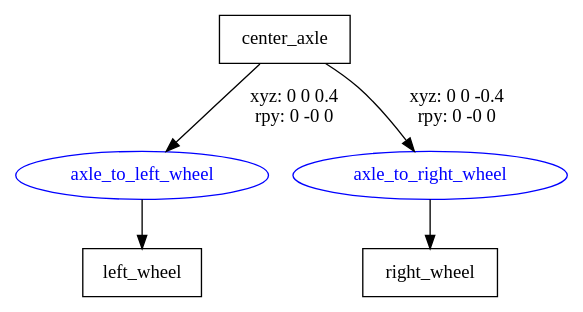
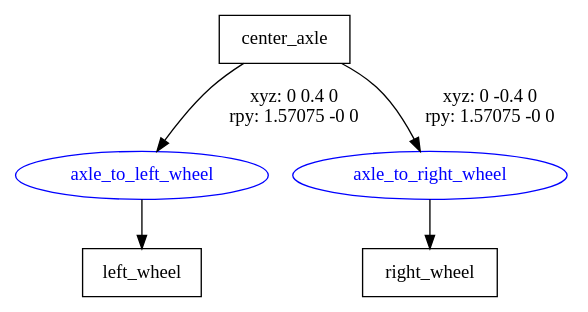
Before and after one commit to sweaver2494/PFF_ROS: the diagram in doc/pff.gv, drawn with Graphviz. The commit also changed 5 other files, not shown here.

```diff
--- a/doc/pff.gv
+++ b/doc/pff.gv
@@ -1,11 +1,11 @@
 digraph G {
 node [shape=box];
 "center_axle" [label="center_axle"];
 "left_wheel" [label="left_wheel"];
 "right_wheel" [label="right_wheel"];
 node [shape=ellipse, color=blue, fontcolor=blue];
-"center_axle" -> "axle_to_left_wheel" [label="xyz: 0 0 0.4 \nrpy: 0 -0 0"]
+"center_axle" -> "axle_to_left_wheel" [label="xyz: 0 0.4 0 \nrpy: 1.57075 -0 0"]
 "axle_to_left_wheel" -> "left_wheel"
-"center_axle" -> "axle_to_right_wheel" [label="xyz: 0 0 -0.4 \nrpy: 0 -0 0"]
+"center_axle" -> "axle_to_right_wheel" [label="xyz: 0 -0.4 0 \nrpy: 1.57075 -0 0"]
 "axle_to_right_wheel" -> "right_wheel"
 }
```
